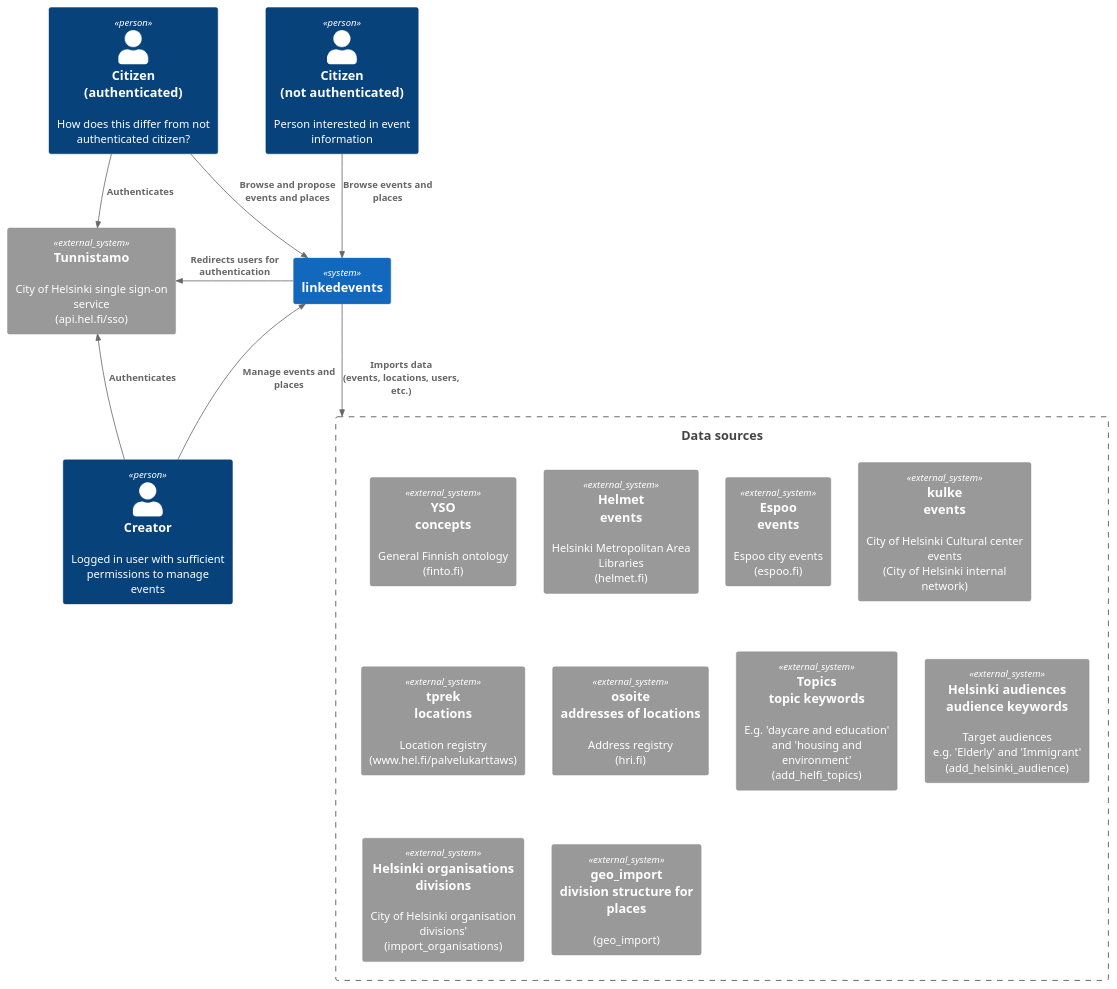
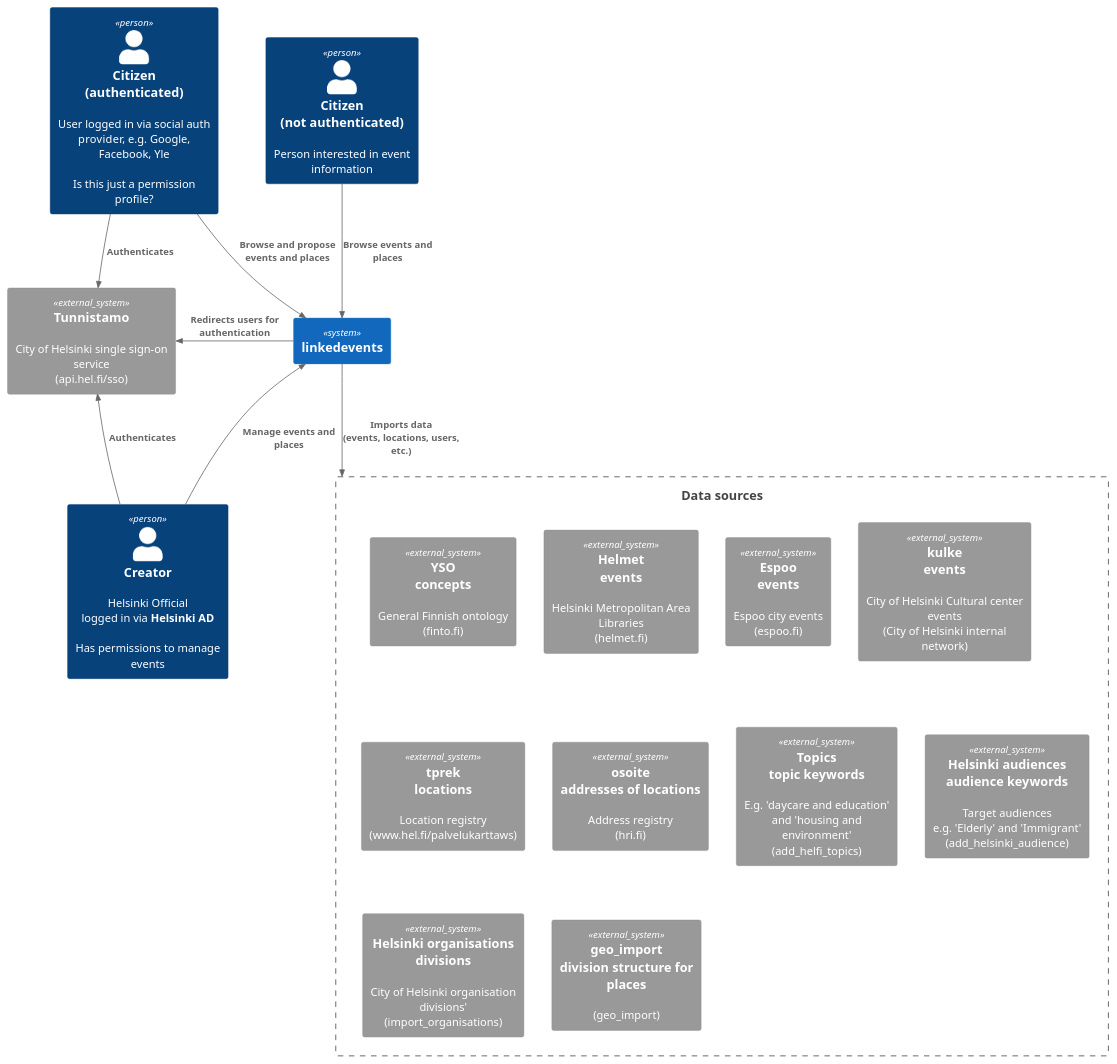
The diagram in assets/puml/linkedevents-context.puml (istonikula/linkedevents), drawn with PlantUML before and after one commit. The commit also changed 1 other file, not shown here.

```diff
--- a/assets/puml/linkedevents-context.puml
+++ b/assets/puml/linkedevents-context.puml
@@ -1,36 +1,36 @@
 @startuml
 !includeurl https://raw.githubusercontent.com/RicardoNiepel/C4-PlantUML/release/1-0/C4_Context.puml
 
 Person(citizen, "Citizen\n(not authenticated)", "Person interested in event information")
-Person(citizen_auth, "Citizen\n(authenticated)", "How does this differ from not authenticated citizen?")
-Person(admin, "Creator", "Logged in user with sufficient permissions to manage events")
+Person(citizen_auth, "Citizen\n(authenticated)", "User logged in via social auth provider, e.g. Google, Facebook, Yle\n\nIs this just a permission profile?")
+Person(admin, "Creator", "Helsinki Official\nlogged in via <b>Helsinki AD</b>\n\nHas permissions to manage events")
 
 System(linkedevents, "linkedevents")
 System_Ext(tunnistamo, "Tunnistamo", "City of Helsinki single sign-on service\n(api.hel.fi/sso)")
 
 Boundary(data_sources, "Data sources") {
   System_Ext(yso, "YSO\nconcepts", "General Finnish ontology\n(finto.fi)")
   System_Ext(helmet, "Helmet\nevents", "Helsinki Metropolitan Area Libraries\n(helmet.fi)")
   System_Ext(espoo, "Espoo\nevents", "Espoo city events\n(espoo.fi)")
   System_Ext(kulke, "kulke\nevents", "City of Helsinki Cultural center events\n(City of Helsinki internal network)")
   System_Ext(tprek, "tprek\nlocations", "Location registry\n(www.hel.fi/palvelukarttaws)")
   System_Ext(osoite, "osoite\naddresses of locations", "Address registry\n(hri.fi)")
   System_Ext(add_helfi_topics, "Topics\ntopic keywords", "E.g. 'daycare and education' and 'housing and environment'\n(add_helfi_topics)")
   System_Ext(add_helsinki_audience, "Helsinki audiences\naudience keywords", "Target audiences\ne.g. 'Elderly' and 'Immigrant'\n(add_helsinki_audience)")
   System_Ext(import_organisations, "Helsinki organisations\ndivisions", "City of Helsinki organisation divisions'\n(import_organisations)")
   System_Ext(geo_import, "geo_import\ndivision structure for places", "(geo_import)")
 }
 
 Rel(citizen, linkedevents, "Browse events and places")
 
 Rel(citizen_auth, linkedevents, "Browse and propose events and places")
 Rel(citizen_auth, tunnistamo, "Authenticates")
 
 Rel_L(linkedevents, tunnistamo, "Redirects users for authentication")
 
 Rel_U(admin, linkedevents, "Manage events and places")
 Rel_U(admin, tunnistamo, "Authenticates")
 
 Rel(linkedevents, data_sources, "Imports data\n(events, locations, users, etc.)")
 
 @enduml
```
